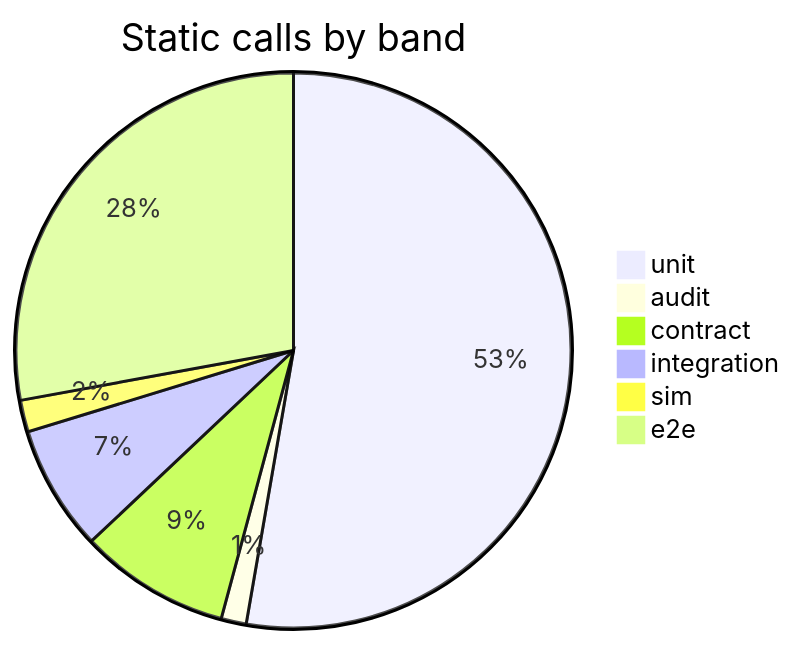
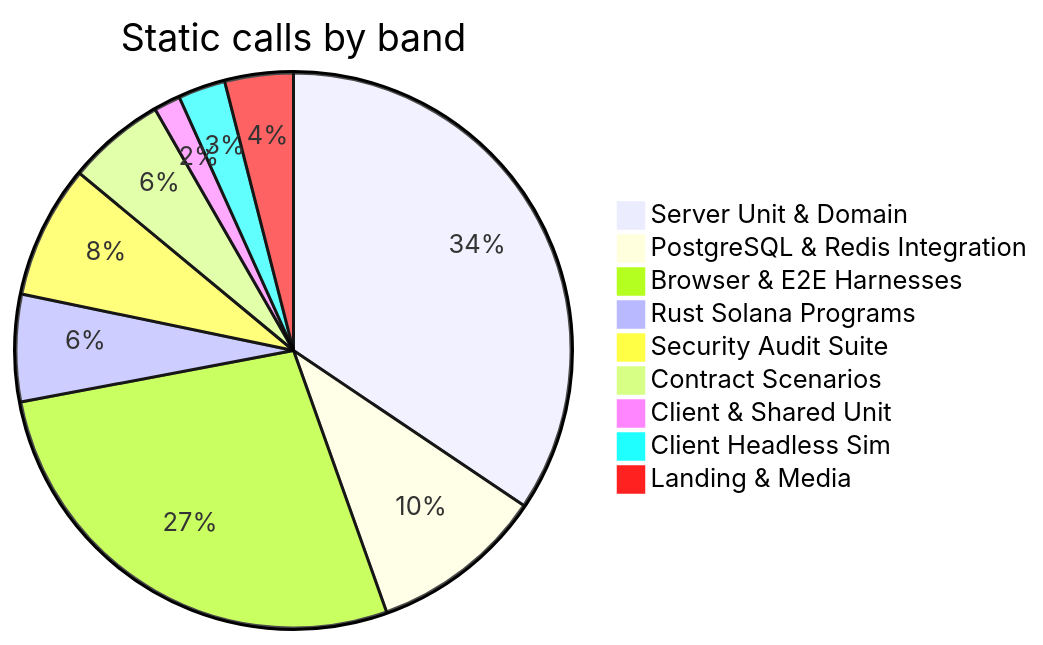
The seventh of 7 diagrams in README.md (recferret-bit/freightchain), drawn with Mermaid before and after one commit. The commit also changed other lines of this file, not shown here.

Commit message:
docs(readme): update tests section with full test coverage audit and report card

````diff
--- a/README.md
+++ b/README.md
@@ -775,9 +803,12 @@
 ```mermaid
 pie title Static calls by band
-    "unit" : 1082
-    "audit" : 30
-    "contract" : 180
-    "integration" : 150
-    "sim" : 38
-    "e2e" : 572
+    "Server Unit & Domain" : 1088
+    "PostgreSQL & Redis Integration" : 320
+    "Browser & E2E Harnesses" : 868
+    "Rust Solana Programs" : 197
+    "Security Audit Suite" : 245
+    "Contract Scenarios" : 180
+    "Client & Shared Unit" : 49
+    "Client Headless Sim" : 87
+    "Landing & Media" : 126
 ```
````
